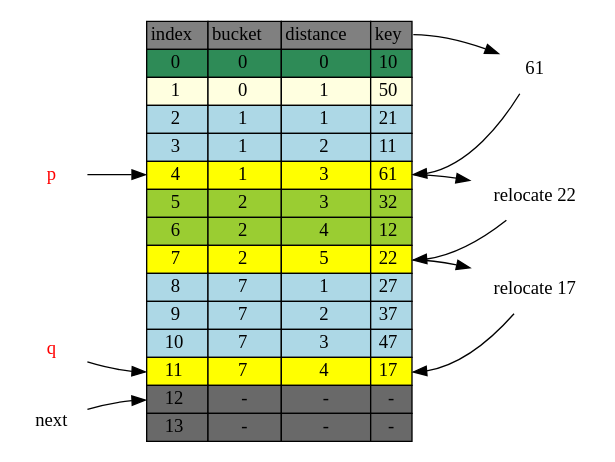
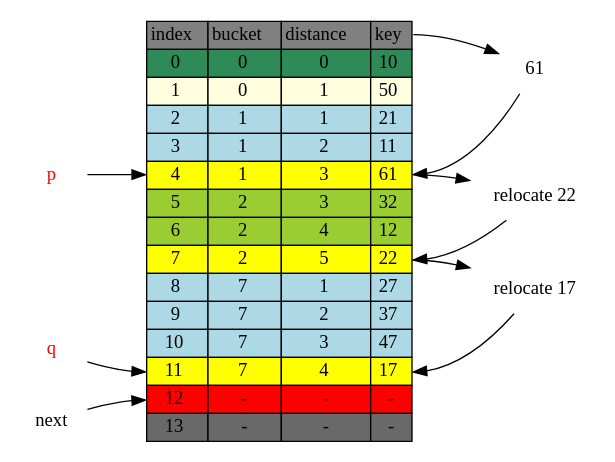
One commit to jasonlue/digest changed the diagram in hashing/cluster-insert-61-adjust-12.dot. Above: the diagram before and after it, drawn with Graphviz. The commit also changed 12 other files, not shown here.

```diff
--- a/hashing/cluster-insert-61-adjust-12.dot
+++ b/hashing/cluster-insert-61-adjust-12.dot
@@ -1,109 +1,109 @@
 digraph table{
     rankdir=LR
     node[shape=plaintext]
 
      table[label=<
         <TABLE BORDER="0" CELLBORDER="1" CELLSPACING="0">
             <TR>
                 <TD BGCOLOR="grey">index</TD>
                 <TD BGCOLOR="grey">bucket</TD>
                 <TD BGCOLOR="grey">distance</TD>
                 <TD BGCOLOR="grey" PORT="k">key</TD>
             </TR>           
             <TR>
                 <TD BGCOLOR="seagreen" PORT="i0">0</TD>
                 <TD BGCOLOR="seagreen">0</TD>
                 <TD BGCOLOR="seagreen">0</TD>
                 <TD BGCOLOR="seagreen" PORT="k0">10</TD>
             </TR>           
             <TR>
                 <TD BGCOLOR="lightyellow" PORT="i1">1</TD>
                 <TD BGCOLOR="lightyellow">0</TD>
                 <TD BGCOLOR="lightyellow">1</TD>
                 <TD BGCOLOR="lightyellow" PORT="k1">50</TD>
             </TR>           
             <TR>
                 <TD BGCOLOR="lightblue" PORT="i2">2</TD>
                 <TD BGCOLOR="lightblue">1</TD>
                 <TD BGCOLOR="lightblue">1</TD>
                 <TD BGCOLOR="lightblue" PORT="k2">21</TD>
             </TR>           
             <TR>
                 <TD BGCOLOR="lightblue" PORT="i3">3</TD>
                 <TD BGCOLOR="lightblue">1</TD>
                 <TD BGCOLOR="lightblue">2</TD>
                 <TD BGCOLOR="lightblue" PORT="k3">11</TD>
             </TR>           
             <TR>
                 <TD BGCOLOR="yellow" PORT="i4">4</TD>
                 <TD BGCOLOR="yellow">1</TD>
                 <TD BGCOLOR="yellow">3</TD>
                 <TD BGCOLOR="yellow" PORT="k4">61</TD>
             </TR>           
             <TR>
                 <TD BGCOLOR="yellowgreen" PORT="i5">5</TD>
                 <TD BGCOLOR="yellowgreen">2</TD>
                 <TD BGCOLOR="yellowgreen">3</TD>
                 <TD BGCOLOR="yellowgreen" PORT="k5">32</TD>
             </TR>
             <TR>
                 <TD BGCOLOR="yellowgreen" PORT="i6">6</TD>
                 <TD BGCOLOR="yellowgreen">2</TD>
                 <TD BGCOLOR="yellowgreen">4</TD>
                 <TD BGCOLOR="yellowgreen" PORT="k6">12</TD> 
             </TR>           
             <TR>
                 <TD BGCOLOR="yellow" PORT="i7">7</TD>
                 <TD BGCOLOR="yellow">2</TD>
                 <TD BGCOLOR="yellow">5</TD>
                 <TD BGCOLOR="yellow" PORT="k7">22</TD>
             </TR>           
             <TR>
                 <TD BGCOLOR="lightblue" PORT="i8">8</TD>
                 <TD BGCOLOR="lightblue">7</TD>
                 <TD BGCOLOR="lightblue">1</TD>
                 <TD BGCOLOR="lightblue" PORT="k8">27</TD>
             </TR>           
             <TR>
                 <TD BGCOLOR="lightblue" PORT="i9">9</TD>
                 <TD BGCOLOR="lightblue">7</TD>
                 <TD BGCOLOR="lightblue">2</TD>
                 <TD BGCOLOR="lightblue" PORT="k9">37</TD>
             </TR>           
             <TR>
                 <TD BGCOLOR="lightblue" PORT="i10">10</TD>
                 <TD BGCOLOR="lightblue">7</TD>
                 <TD BGCOLOR="lightblue">3</TD>
                 <TD BGCOLOR="lightblue" PORT="k10">47</TD>
             </TR>           
             <TR>
                 <TD BGCOLOR="yellow" PORT="i11">11</TD>
                 <TD BGCOLOR="yellow">7</TD>
                 <TD BGCOLOR="yellow">4</TD>
                 <TD BGCOLOR="yellow" PORT="k11">17</TD>
             </TR>           
             <TR>
-                <TD BGCOLOR="dimgrey" PORT="i12">12</TD>
-                <TD BGCOLOR="dimgrey">-</TD>
-                <TD BGCOLOR="dimgrey">-</TD>
-                <TD BGCOLOR="dimgrey" PORT="k12">-</TD>
+                <TD BGCOLOR="red" PORT="i12">12</TD>
+                <TD BGCOLOR="red">-</TD>
+                <TD BGCOLOR="red">-</TD>
+                <TD BGCOLOR="red" PORT="k12">-</TD>
             </TR>           
             <TR>
                 <TD BGCOLOR="dimgrey" PORT="i13">13</TD>
                 <TD BGCOLOR="dimgrey">-</TD>
                 <TD BGCOLOR="dimgrey">-</TD>
                 <TD BGCOLOR="dimgrey" PORT="k13">-</TD>
             </TR>           
         </TABLE>
     >]
 
  table:k->"61"->table:k4
 
  table:k4->"relocate 22" -> table:k7 -> "relocate 17" ->table:k11
 
 p [fontcolor="red"]
 q [fontcolor="red"]
  p -> table:i4
  q -> table:i11
  "next" -> table:i12 
  }
```
